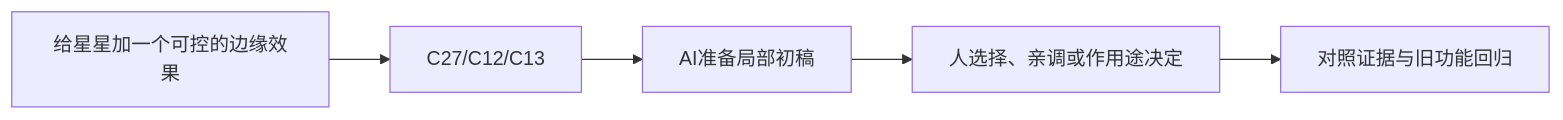
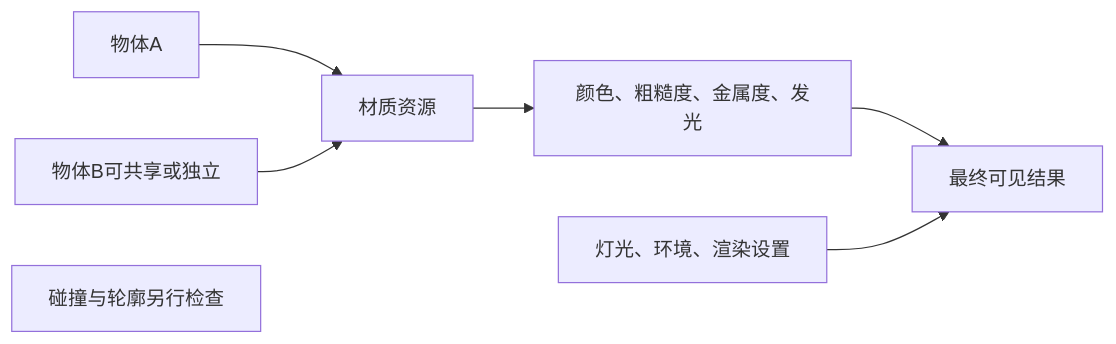
The diagram in curriculum/lessons/A02.md (Zilur/ai-3d-game-learning), drawn with Mermaid before and after one commit. The commit also changed other lines of this file and 164 other files, not shown here.

Commit message:
docs: publish 47 step-by-step AI lesson flows, world upgrade and optional training corner

````diff
--- a/curriculum/lessons/A02.md
+++ b/curriculum/lessons/A02.md
@@ -38,7 +35,9 @@
 ```mermaid
 flowchart LR
-  S["给星星加一个可控的边缘效果"] --> K["C27/C12/C13"]
-  K --> AI["AI准备局部初稿"]
-  AI --> H["人选择、亲调或作用途决定"]
-  H --> V["对照证据与旧功能回归"]
+ A["物体A"] --> R["材质资源"]
+ B["物体B可共享或独立"] --> R
+ R --> P["颜色、粗糙度、金属度、发光"]
+ P --> V["最终可见结果"]
+ L["灯光、环境、渲染设置"] --> V
+ C["碰撞与轮廓另行检查"]
 ```
````
